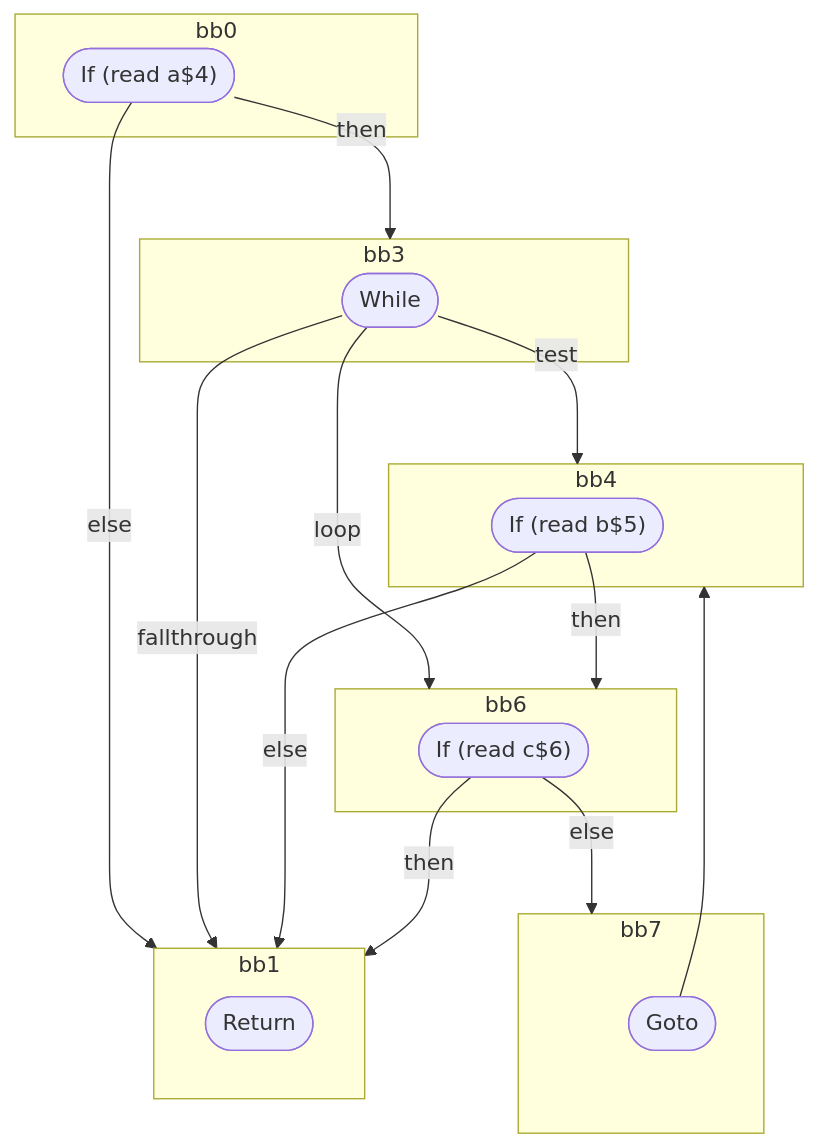
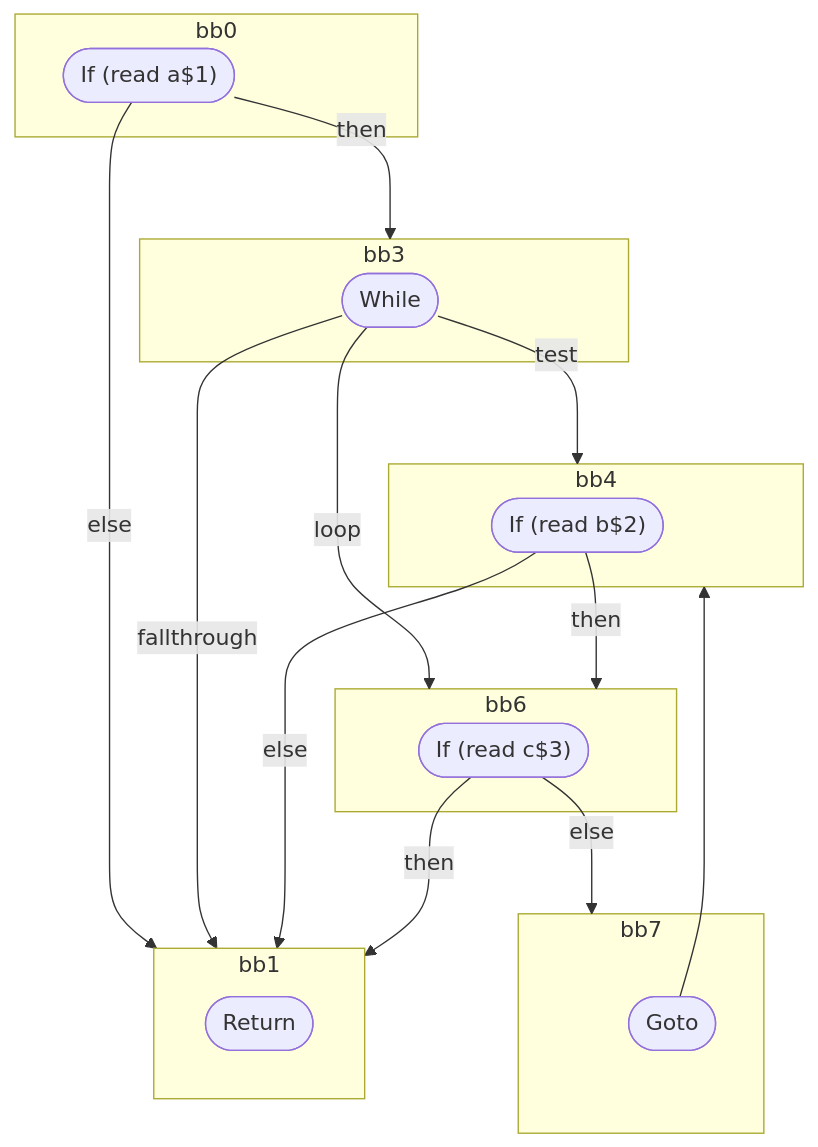
One commit to wutsmog/private changed the diagram in compiler/forget/src/__tests__/fixtures/hir/complex-while.expect.md. Above: the diagram before and after it, drawn with Mermaid. The commit also changed other lines of this file and 57 other files, not shown here.

````diff
--- a/compiler/forget/src/__tests__/fixtures/hir/complex-while.expect.md
+++ b/compiler/forget/src/__tests__/fixtures/hir/complex-while.expect.md
@@ -41,35 +41,35 @@
 ```mermaid
 flowchart TB
   %% Basic Blocks
   subgraph bb0
-    bb0_terminal(["If (read a$4)"])
+    bb0_terminal(["If (read a$1)"])
   end
   subgraph bb3
     bb3_terminal(["While"])
   end
   subgraph bb4
-    bb4_terminal(["If (read b$5)"])
+    bb4_terminal(["If (read b$2)"])
   end
   subgraph bb6
-    bb6_terminal(["If (read c$6)"])
+    bb6_terminal(["If (read c$3)"])
   end
   subgraph bb7
     bb7_terminal(["Goto"])
   end
   subgraph bb1
     bb1_terminal(["Return"])
   end
 
   %% Jumps
   bb0_terminal -- then --> bb3
   bb0_terminal -- else --> bb1
   bb3_terminal -- test --> bb4
   bb3_terminal -- loop --> bb6
   bb3_terminal -- fallthrough --> bb1
   bb4_terminal -- then --> bb6
   bb4_terminal -- else --> bb1
   bb6_terminal -- then --> bb1
   bb6_terminal -- else --> bb7
   bb7_terminal --> bb4
 
 ```
````
